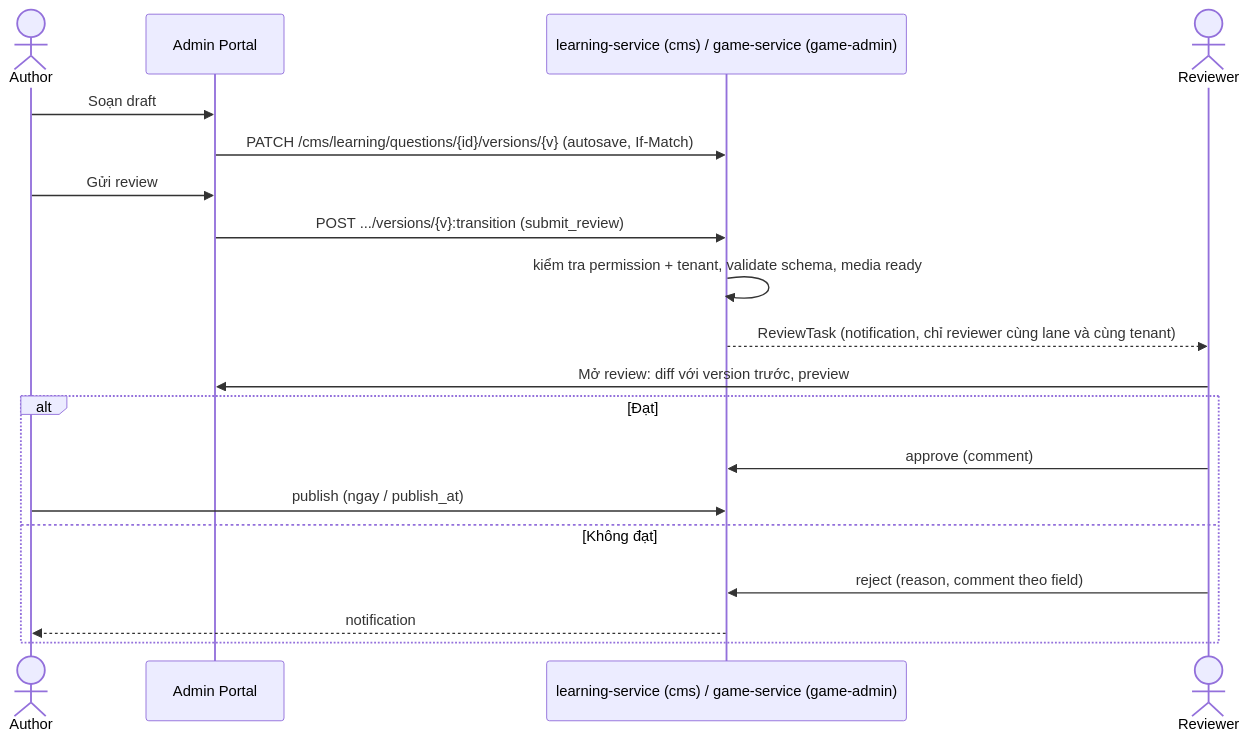
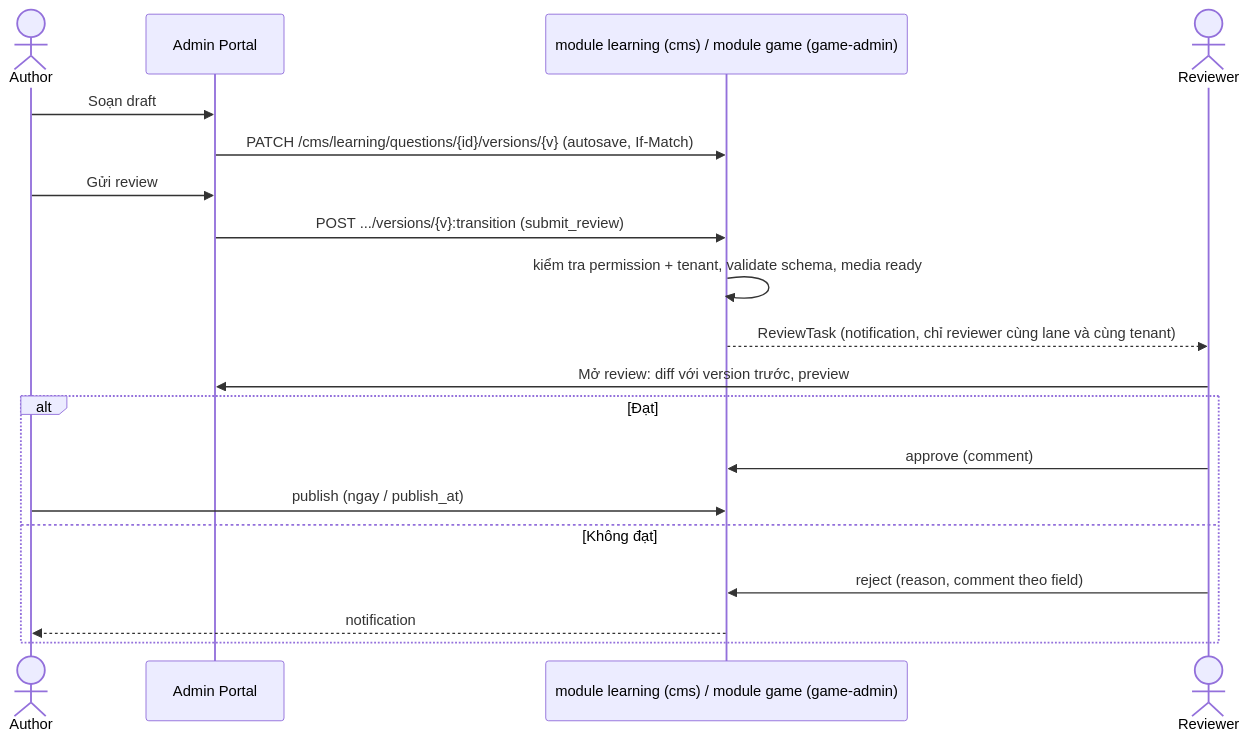
Before and after one commit to tanguyen2020/eduworld-platform: the diagram in docs/04-admin-portal/ADMIN_PORTAL.md, drawn with Mermaid. The commit also changed other lines of this file and 922 other files, not shown here.

````diff
--- a/docs/04-admin-portal/ADMIN_PORTAL.md
+++ b/docs/04-admin-portal/ADMIN_PORTAL.md
@@ -676,21 +815,21 @@
 ```mermaid
 sequenceDiagram
   actor A as Author
   participant CMS as Admin Portal
-  participant API as learning-service (cms) / game-service (game-admin)
+  participant API as module learning (cms) / module game (game-admin)
   actor R as Reviewer
   A->>CMS: Soạn draft
   CMS->>API: PATCH /cms/learning/questions/{id}/versions/{v} (autosave, If-Match)
   A->>CMS: Gửi review
   CMS->>API: POST .../versions/{v}:transition (submit_review)
   API->>API: kiểm tra permission + tenant, validate schema, media ready
   API-->>R: ReviewTask (notification, chỉ reviewer cùng lane và cùng tenant)
   R->>CMS: Mở review: diff với version trước, preview
   alt Đạt
     R->>API: approve (comment)
     A->>API: publish (ngay / publish_at)
   else Không đạt
     R->>API: reject (reason, comment theo field)
     API-->>A: notification
   end
 ```
````
